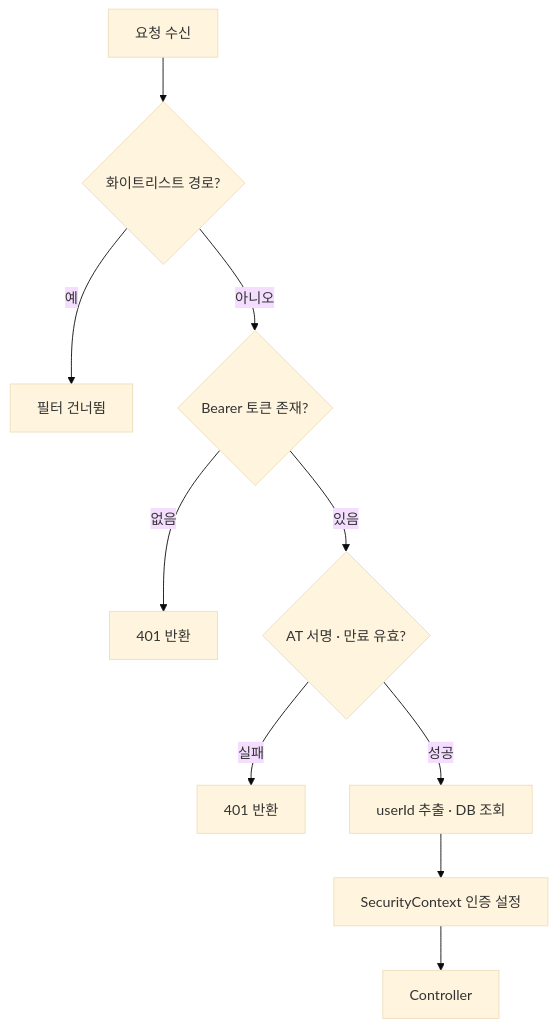
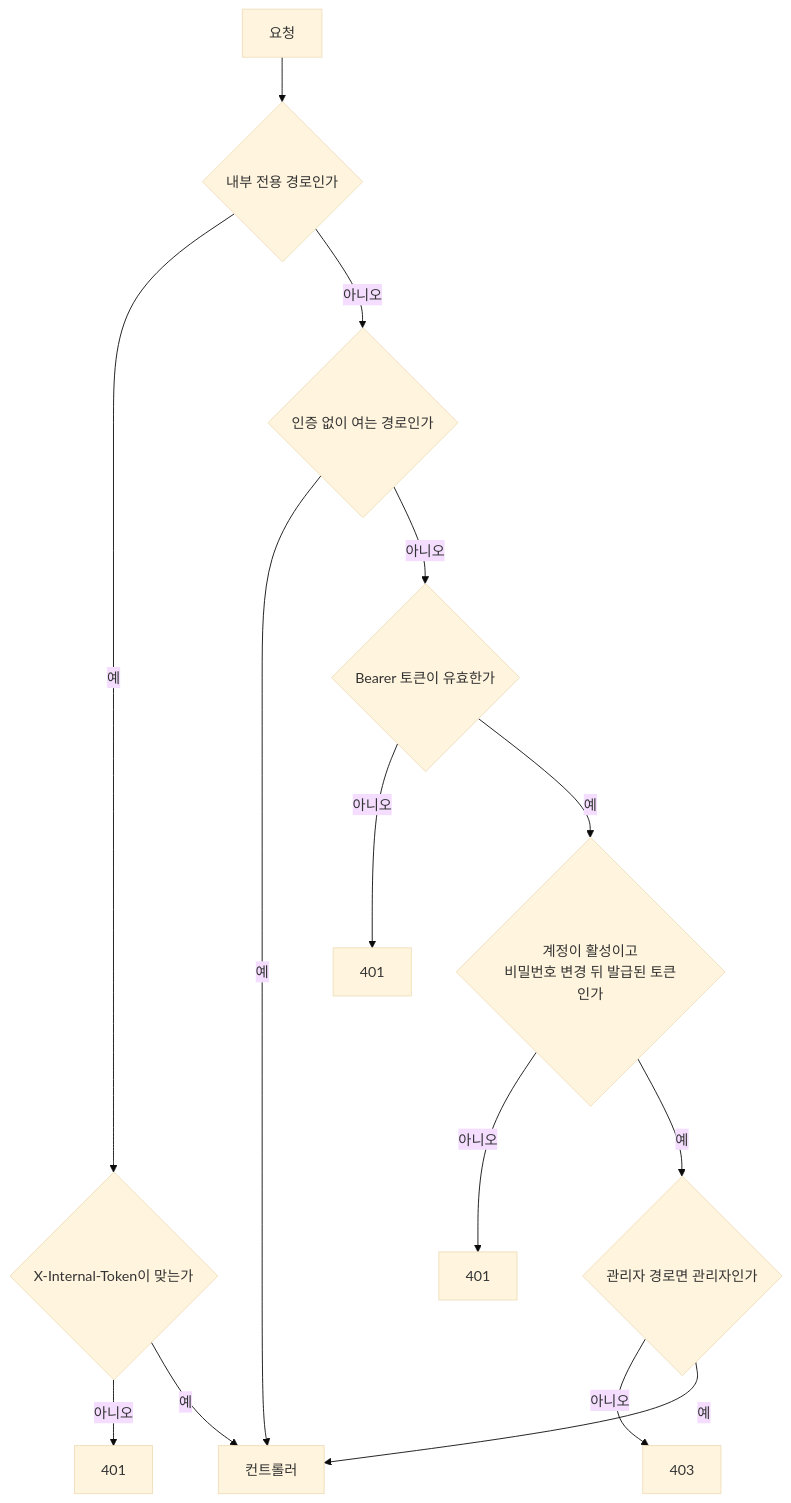
Before and after one commit to CSID-DGU/admin_wiki: the second of 2 diagrams in md/backend/인증-보안.md, drawn with Mermaid (base theme). The commit also changed other lines of this file and 11 other files, not shown here.

````diff
--- a/md/backend/인증-보안.md
+++ b/md/backend/인증-보안.md
@@ -99,12 +85,16 @@
 ```mermaid
 flowchart TD
-    A[요청 수신] --> B{화이트리스트 경로?}
-    B -->|예| C[필터 건너뜀]
-    B -->|아니오| D{Bearer 토큰 존재?}
-    D -->|없음| E[401 반환]
-    D -->|있음| F{AT 서명 · 만료 유효?}
-    F -->|실패| G[401 반환]
-    F -->|성공| H[userId 추출 · DB 조회]
-    H --> I[SecurityContext 인증 설정]
-    I --> J[Controller]
+    A[요청] --> B{내부 전용 경로인가}
+    B -->|예| C{X-Internal-Token이 맞는가}
+    C -->|아니오| X1[401]
+    C -->|예| OK[컨트롤러]
+    B -->|아니오| D{인증 없이 여는 경로인가}
+    D -->|예| OK
+    D -->|아니오| E{Bearer 토큰이 유효한가}
+    E -->|아니오| X2[401]
+    E -->|예| F{계정이 활성이고<br/>비밀번호 변경 뒤 발급된 토큰인가}
+    F -->|아니오| X3[401]
+    F -->|예| G{관리자 경로면 관리자인가}
+    G -->|아니오| X4[403]
+    G -->|예| OK
 ```
````
